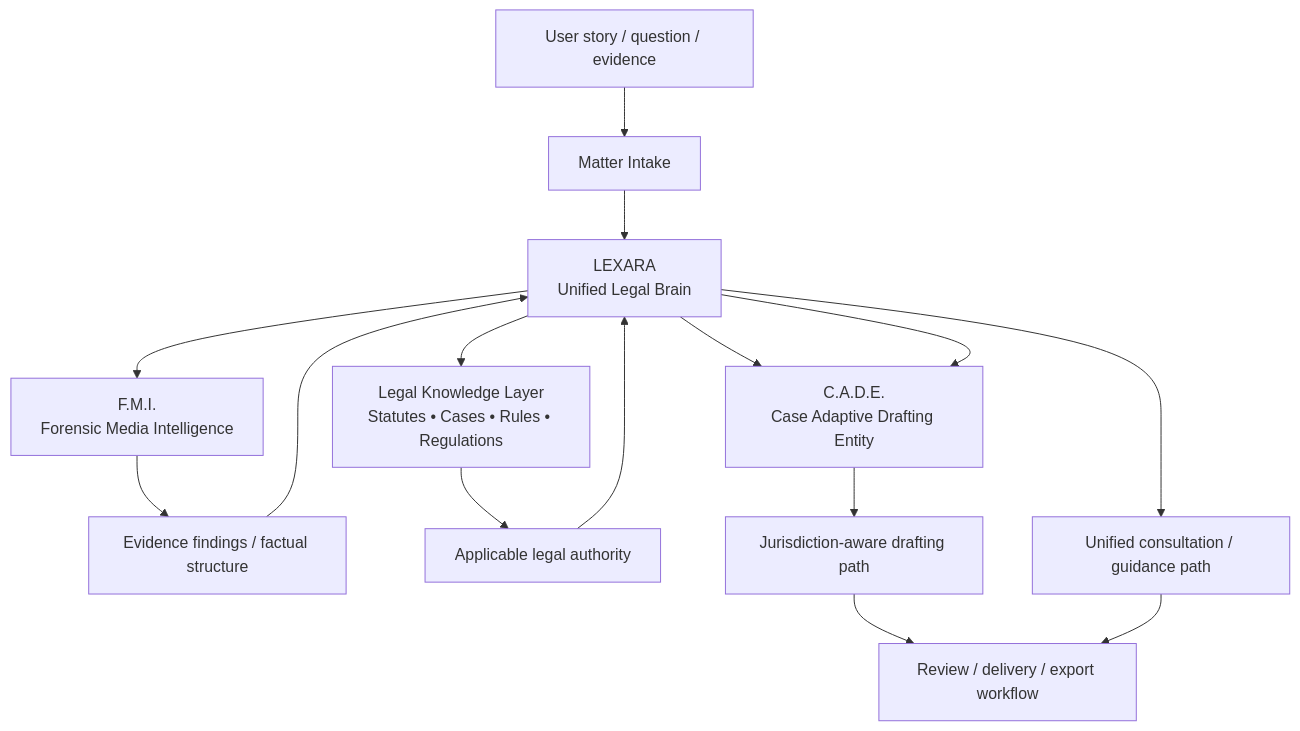
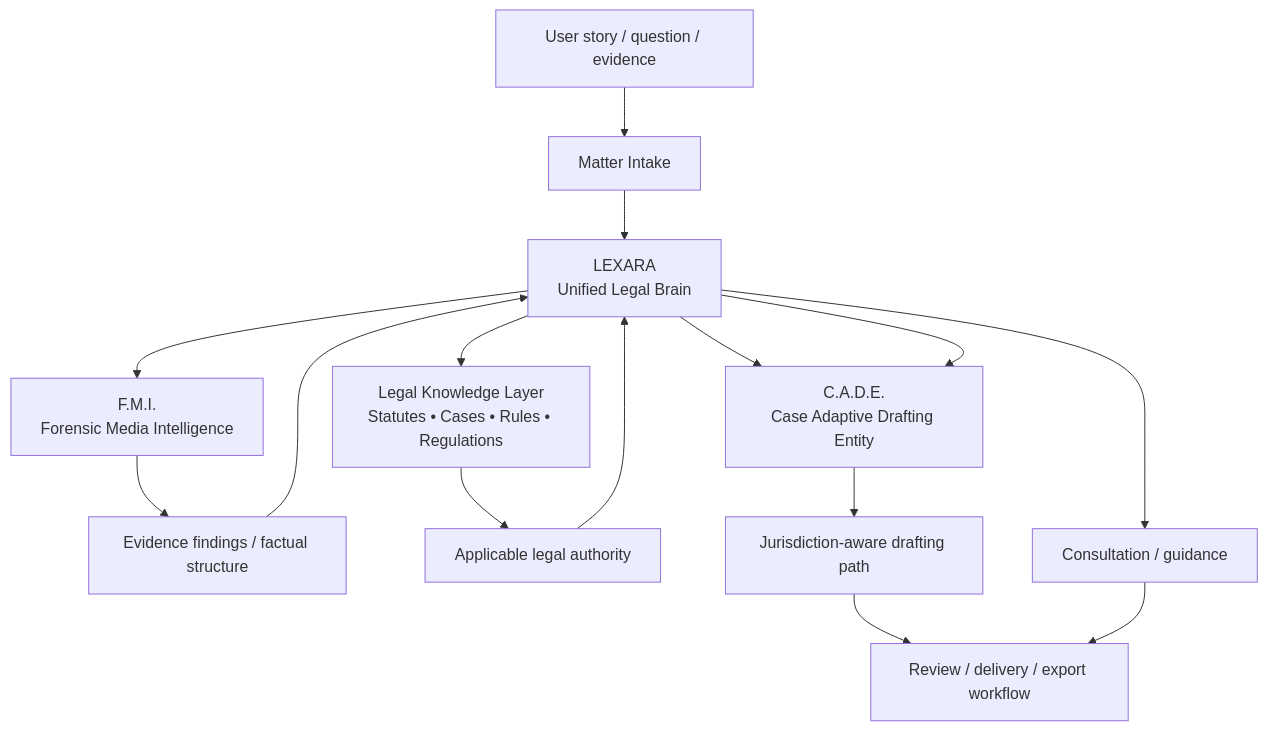
One commit to Rjdclink/Bad-Blue changed the second of 20 diagrams in README.md. Above: the diagram before and after it, drawn with Mermaid. The commit also changed other lines of this file, not shown here.

````diff
--- a/README.md
+++ b/README.md
@@ -141,20 +142,20 @@
 ```mermaid
 flowchart TD
     U["User story / question / evidence"] --> MATTER["Matter Intake"]
     MATTER --> LEX["LEXARA\nUnified Legal Brain"]
 
     LEX --> FMI["F.M.I.\nForensic Media Intelligence"]
     LEX --> KNOW["Legal Knowledge Layer\nStatutes • Cases • Rules • Regulations"]
     LEX --> CADE["C.A.D.E.\nCase Adaptive Drafting Entity"]
 
     FMI --> FACTS["Evidence findings / factual structure"]
     KNOW --> LAW["Applicable legal authority"]
     FACTS --> LEX
     LAW --> LEX
     LEX --> CADE
 
     CADE --> DOC["Jurisdiction-aware drafting path"]
-    LEX --> RESPONSE["Unified consultation / guidance path"]
+    LEX --> RESPONSE["Consultation / guidance"]
     DOC --> REVIEW["Review / delivery / export workflow"]
     RESPONSE --> REVIEW
 ```
````
